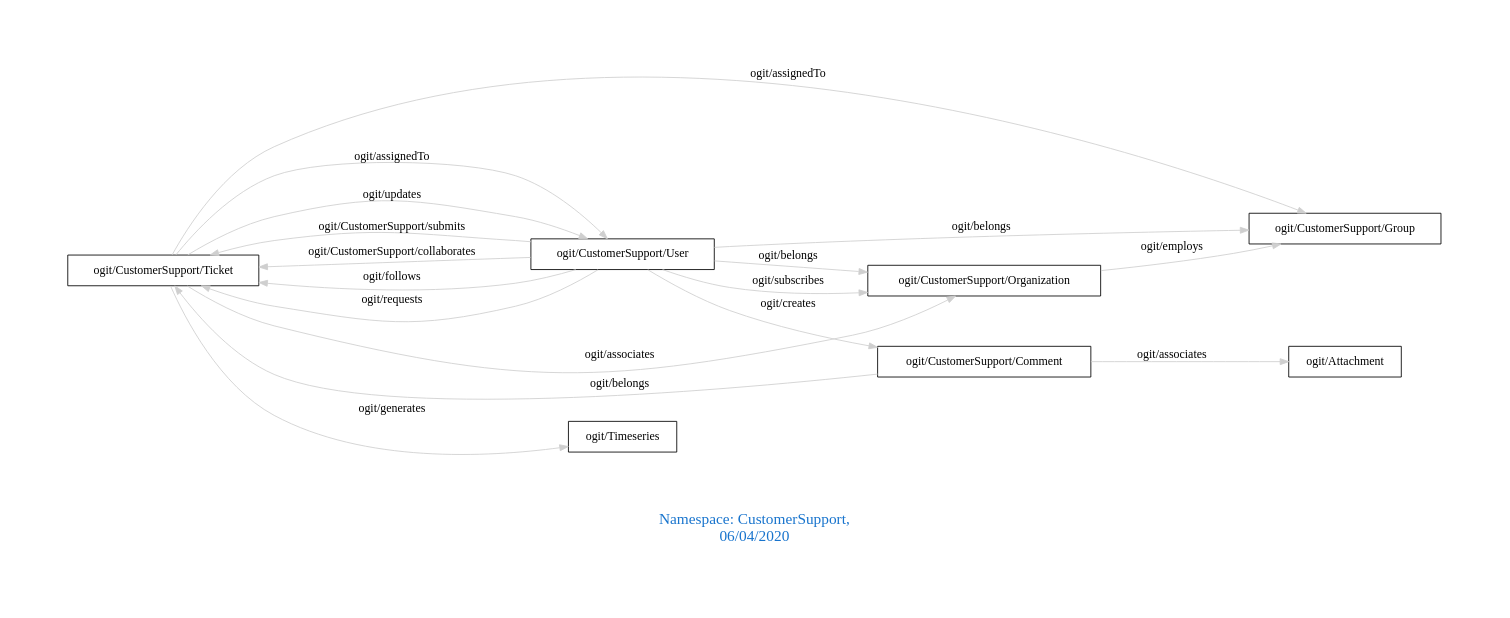
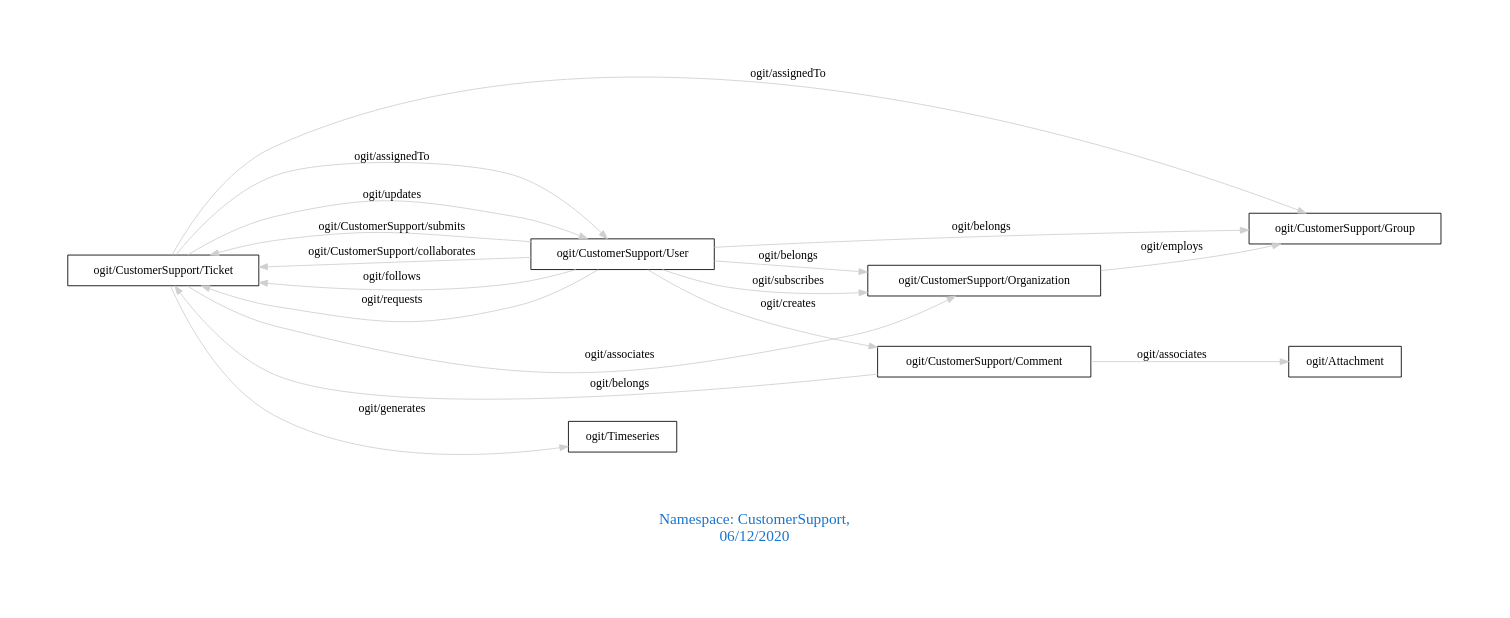
The diagram in downloads/CustomerSupport.dot (arago/OGIT), drawn with Graphviz before and after one commit. The commit also changed 1792 other files, not shown here.

```diff
--- a/downloads/CustomerSupport.dot
+++ b/downloads/CustomerSupport.dot
@@ -1,24 +1,24 @@
 digraph OGIT_ontology {
  graph [ rankdir= LR,pad=1 
 fontsize = 18,
-fontcolor= dodgerblue3,label = "\n\n\nNamespace: CustomerSupport, \n 06/04/2020"];
+fontcolor= dodgerblue3,label = "\n\n\nNamespace: CustomerSupport, \n 06/12/2020"];
 node[shape=polygon];
 edge [  color="gray81"];
 
    "ogit/CustomerSupport/Ticket" -> "ogit/CustomerSupport/User" [label="   ogit/assignedTo    "];
    "ogit/CustomerSupport/Ticket" -> "ogit/CustomerSupport/Group" [label="   ogit/assignedTo    "];
    "ogit/CustomerSupport/Ticket" -> "ogit/Timeseries" [label="   ogit/generates    "];
    "ogit/CustomerSupport/User" -> "ogit/CustomerSupport/Ticket" [label="   ogit/CustomerSupport/submits    "];
    "ogit/CustomerSupport/Organization" -> "ogit/CustomerSupport/Group" [label="   ogit/employs    "];
    "ogit/CustomerSupport/User" -> "ogit/CustomerSupport/Ticket" [label="   ogit/CustomerSupport/collaborates    "];
    "ogit/CustomerSupport/User" -> "ogit/CustomerSupport/Ticket" [label="   ogit/follows    "];
    "ogit/CustomerSupport/User" -> "ogit/CustomerSupport/Comment" [label="   ogit/creates    "];
    "ogit/CustomerSupport/Comment" -> "ogit/Attachment" [label="   ogit/associates    "];
    "ogit/CustomerSupport/Ticket" -> "ogit/CustomerSupport/Organization" [label="   ogit/associates    "];
    "ogit/CustomerSupport/User" -> "ogit/CustomerSupport/Ticket" [label="   ogit/requests    "];
    "ogit/CustomerSupport/Ticket" -> "ogit/CustomerSupport/User" [label="   ogit/updates    "];
    "ogit/CustomerSupport/Comment" -> "ogit/CustomerSupport/Ticket" [label="   ogit/belongs    "];
    "ogit/CustomerSupport/User" -> "ogit/CustomerSupport/Group" [label="   ogit/belongs    "];
    "ogit/CustomerSupport/User" -> "ogit/CustomerSupport/Organization" [label="   ogit/belongs    "];
    "ogit/CustomerSupport/User" -> "ogit/CustomerSupport/Organization" [label="   ogit/subscribes    "];
 }
```
